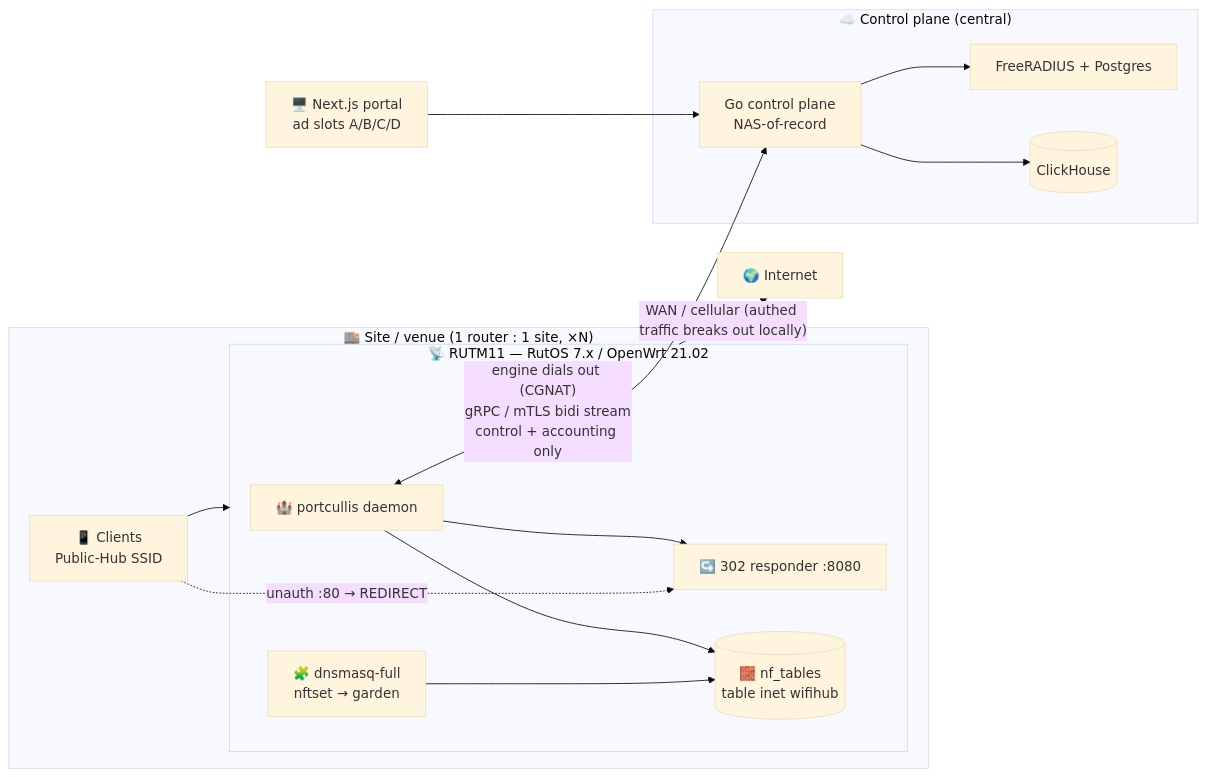
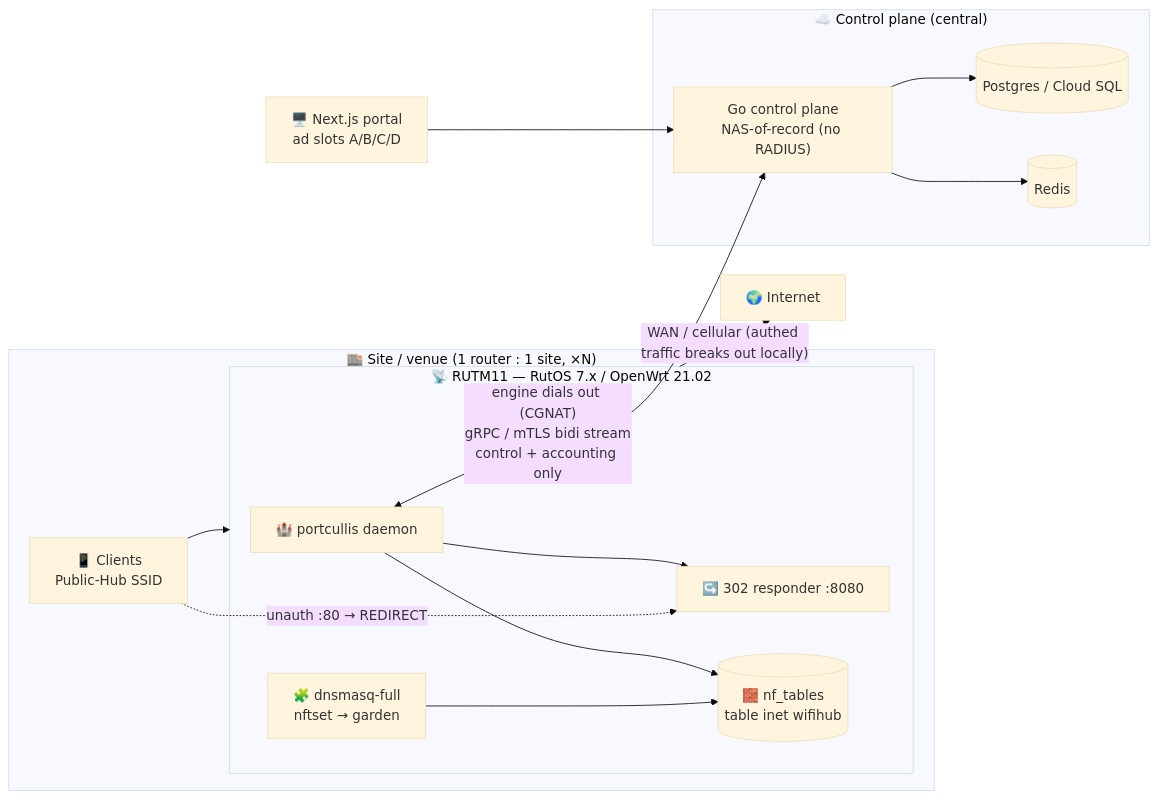
Before and after one commit to aupv9/portcullis-rust: the first of 3 diagrams in README.md, drawn with Mermaid (base theme). The commit also changed other lines of this file and 28 other files, not shown here.

````diff
--- a/README.md
+++ b/README.md
@@ -38,28 +38,28 @@
 ```mermaid
 flowchart LR
   subgraph Store["🏬 Site / venue  (1 router : 1 site, ×N)"]
     C["📱 Clients<br/>Public-Hub SSID"]
     subgraph R["📡 RUTM11 — RutOS 7.x / OpenWrt 21.02"]
       ENG["🏰 portcullis daemon"]
       RESP["↪️ 302 responder :8080"]
       DM["🧩 dnsmasq-full<br/>nftset → garden"]
       K[("🧱 nf_tables<br/>table inet wifihub")]
       ENG --> RESP
       ENG --> K
       DM --> K
     end
     C --> R
   end
   R -->|"WAN / cellular (authed traffic breaks out locally)"| NET["🌍 Internet"]
   C -. "unauth :80 → REDIRECT" .-> RESP
   ENG <-->|"engine dials out (CGNAT)<br/>gRPC / mTLS bidi stream<br/>control + accounting only"| CP
 
   subgraph CPlane["☁️ Control plane (central)"]
-    CP["Go control plane<br/>NAS-of-record"]
-    RAD["FreeRADIUS + Postgres"]
-    CH[("ClickHouse")]
-    CP --> RAD
-    CP --> CH
+    CP["Go control plane<br/>NAS-of-record (no RADIUS)"]
+    PG[("Postgres / Cloud SQL")]
+    RD[("Redis")]
+    CP --> PG
+    CP --> RD
   end
   PORTAL["🖥️ Next.js portal<br/>ad slots A/B/C/D"] --> CP
 ```
````
